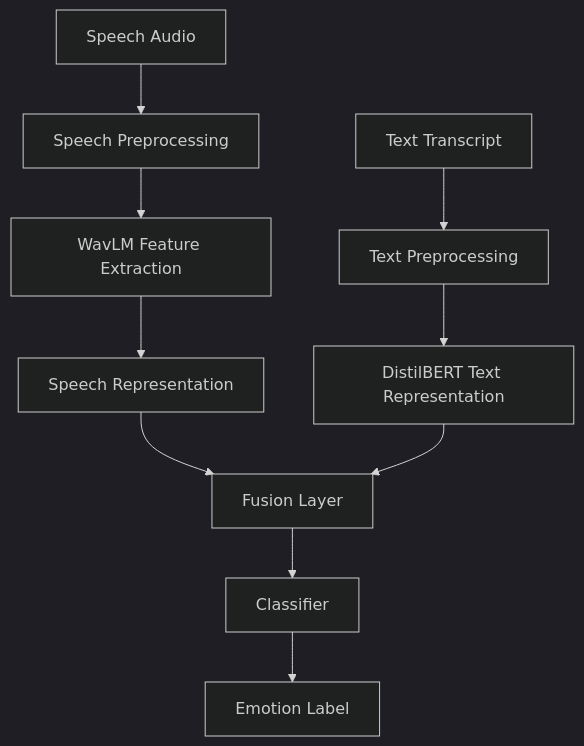
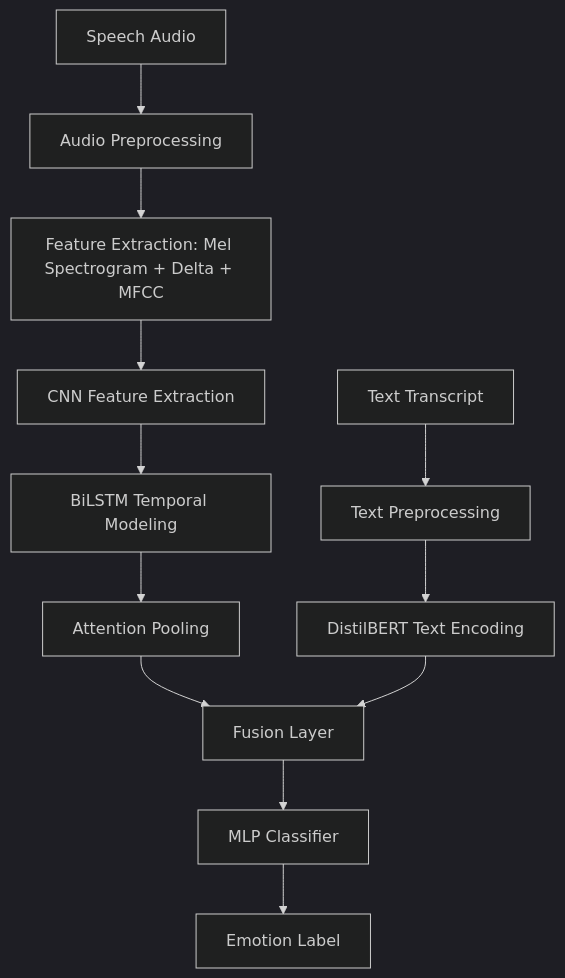
One commit to savioshaju/Multimodal-Emotion-Recognition changed the first of 3 diagrams in README.md. Above: the diagram before and after it, drawn with Mermaid (dark theme). The commit also changed other lines of this file, not shown here.

````diff
--- a/README.md
+++ b/README.md
@@ -157,14 +156,16 @@
 ```mermaid
 flowchart TD
-    A[Speech Audio] --> B[Speech Preprocessing]
-    B --> C[WavLM Feature Extraction]
-    C --> D[Speech Representation]
-    D --> H[Fusion Layer]
+    A[Speech Audio] --> B[Audio Preprocessing]
+    B --> C[Feature Extraction: Mel Spectrogram + Delta + MFCC]
+    C --> D[CNN Feature Extraction]
+    D --> E[BiLSTM Temporal Modeling]
+    E --> F[Attention Pooling]
+    F --> H[Fusion Layer]
 
-    E[Text Transcript] --> F[Text Preprocessing]
-    F --> G[DistilBERT Text Representation]
-    G --> H[Fusion Layer]
+    G[Text Transcript] --> I[Text Preprocessing]
+    I --> J[DistilBERT Text Encoding]
+    J --> H[Fusion Layer]
 
-    H --> I[Classifier]
-    I --> J[Emotion Label]
+    H --> K[MLP Classifier]
+    K --> L[Emotion Label]
 ```
````
